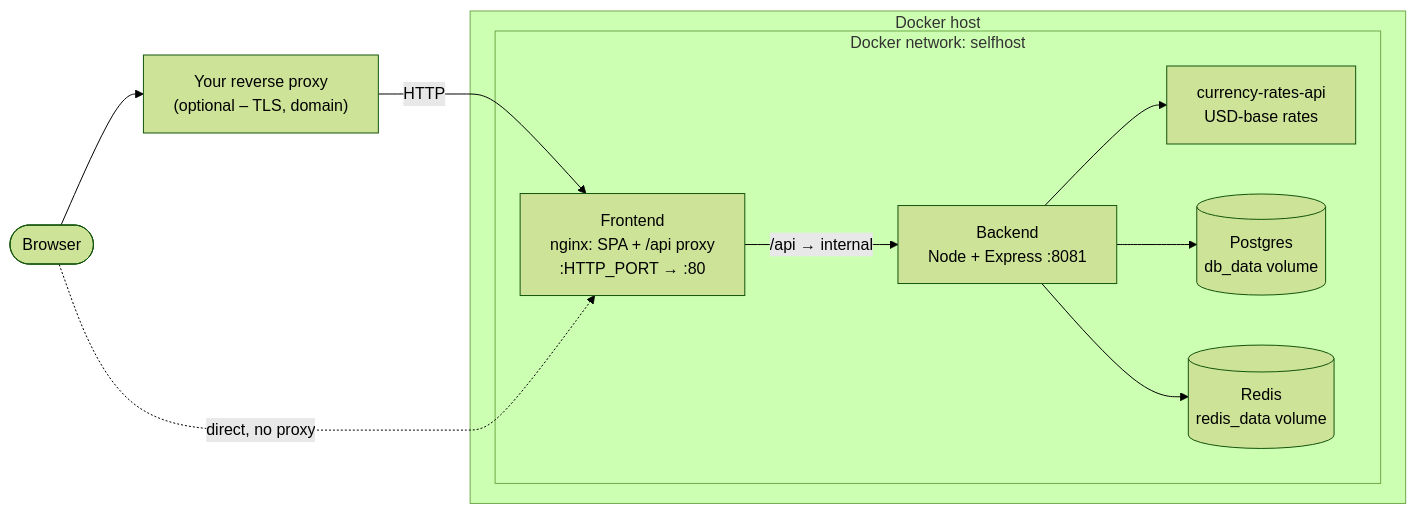
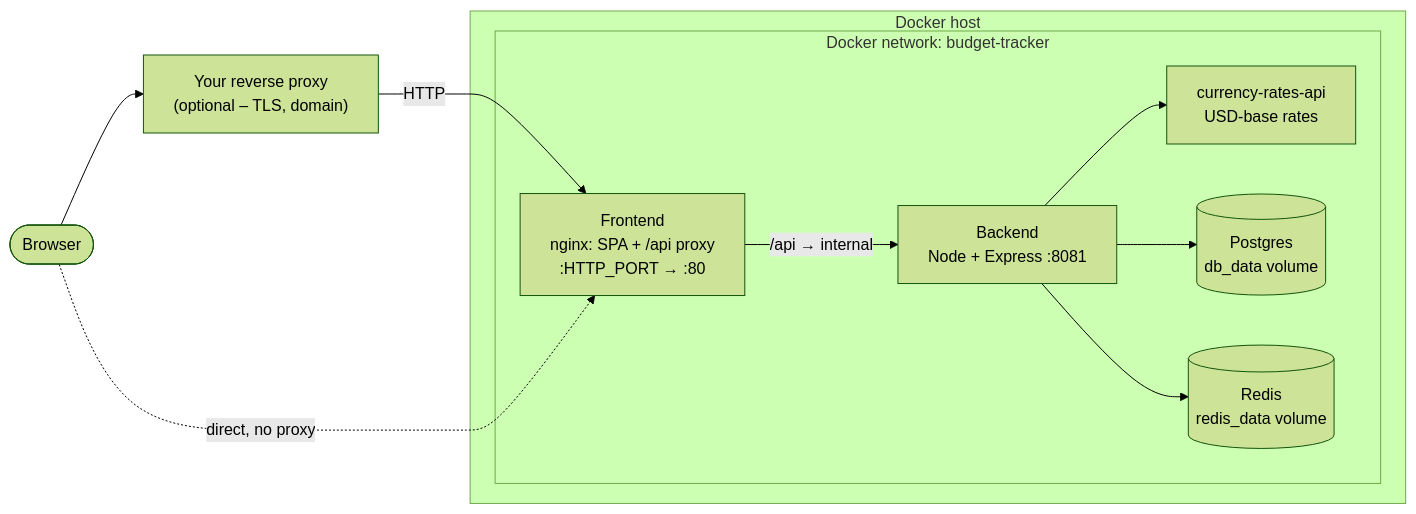
One commit to letehaha/budget-tracker changed the diagram in self-hosting/docs/setup-guide.md. Above: the diagram before and after it, drawn with Mermaid (forest theme). The commit also changed other lines of this file and 4 other files, not shown here.

Commit message:
feat: document dockerized proxies, rename network to budget-tracker

````diff
--- a/self-hosting/docs/setup-guide.md
+++ b/self-hosting/docs/setup-guide.md
@@ -23,23 +23,23 @@
 ```mermaid
 flowchart LR
     Browser([Browser])
     Proxy["Your reverse proxy<br/>(optional – TLS, domain)"]
 
     subgraph host["Docker host"]
-        subgraph net["Docker network: selfhost"]
+        subgraph net["Docker network: budget-tracker"]
             FE["Frontend<br/>nginx: SPA + /api proxy<br/>:HTTP_PORT → :80"]
             BE["Backend<br/>Node + Express :8081"]
             CR["currency-rates-api<br/>USD-base rates"]
             DB[("Postgres<br/>db_data volume")]
             RD[("Redis<br/>redis_data volume")]
         end
     end
 
     Browser --> Proxy
     Proxy -->|HTTP| FE
     Browser -.->|direct, no proxy| FE
     FE -->|/api → internal| BE
     BE --> DB
     BE --> RD
     BE --> CR
 ```
````
